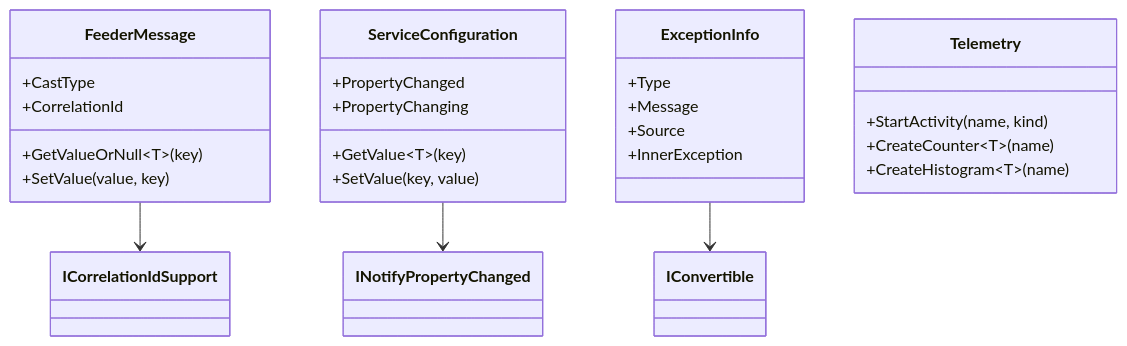
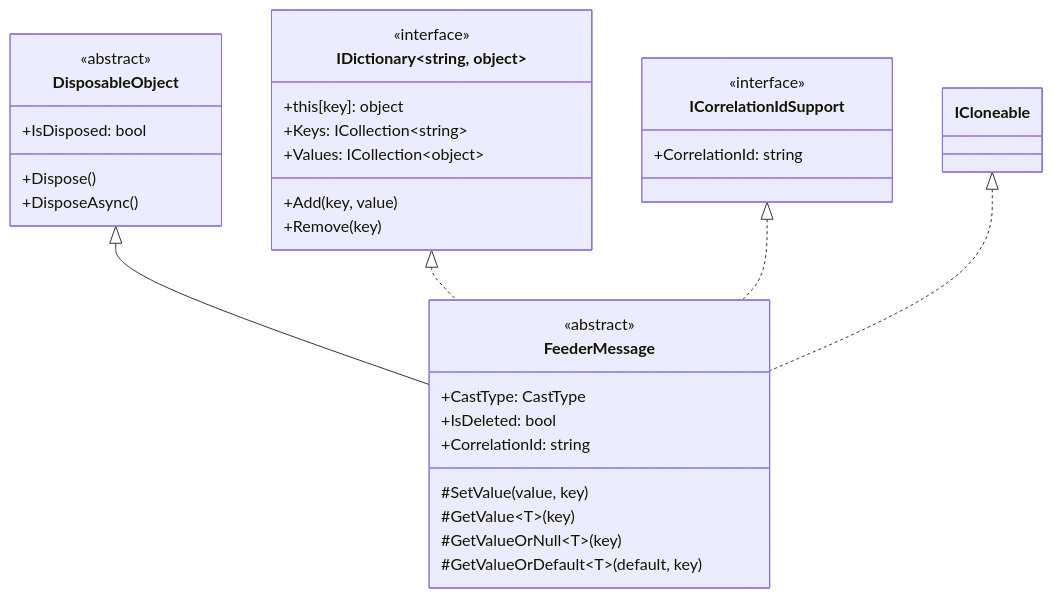
Before and after one commit to KiarashMinoo/ThunderPropagator.BuildingBlocks: the second of 4 diagrams in docs/BuildingBlocks.Application/README.md, drawn with Mermaid. The commit also changed other lines of this file and 13 other files, not shown here.

````diff
--- a/docs/BuildingBlocks.Application/README.md
+++ b/docs/BuildingBlocks.Application/README.md
@@ -188,33 +292,39 @@
 ```mermaid
 classDiagram
+    class DisposableObject {
+        <<abstract>>
+        +IsDisposed: bool
+        +Dispose()
+        +DisposeAsync()
+    }
+    
     class FeederMessage {
-        +CastType
-        +CorrelationId
-        +GetValueOrNull~T~(key)
-        +SetValue(value, key)
+        <<abstract>>
+        +CastType: CastType
+        +IsDeleted: bool
+        +CorrelationId: string
+        #SetValue(value, key)
+        #GetValue~T~(key)
+        #GetValueOrNull~T~(key)
+        #GetValueOrDefault~T~(default, key)
     }
-
-    class ServiceConfiguration {
-        +PropertyChanged
-        +PropertyChanging
-        +GetValue~T~(key)
-        +SetValue(key, value)
+    
+    class IDictionary~string, object~ {
+        <<interface>>
+        +this[key]: object
+        +Keys: ICollection~string~
+        +Values: ICollection~object~
+        +Add(key, value)
+        +Remove(key)
     }
-
-    class ExceptionInfo {
-        +Type
-        +Message
-        +Source
-        +InnerException
+    
+    class ICorrelationIdSupport {
+        <<interface>>
+        +CorrelationId: string
     }
-
-    class Telemetry {
-        +StartActivity(name, kind)
-        +CreateCounter~T~(name)
-        +CreateHistogram~T~(name)
-    }
-
-    FeederMessage --> ICorrelationIdSupport
-    ServiceConfiguration --> INotifyPropertyChanged
-    ExceptionInfo --> IConvertible
+    
+    DisposableObject <|-- FeederMessage
+    IDictionary~string, object~ <|.. FeederMessage
+    ICorrelationIdSupport <|.. FeederMessage
+    ICloneable <|.. FeederMessage
 ```
````
